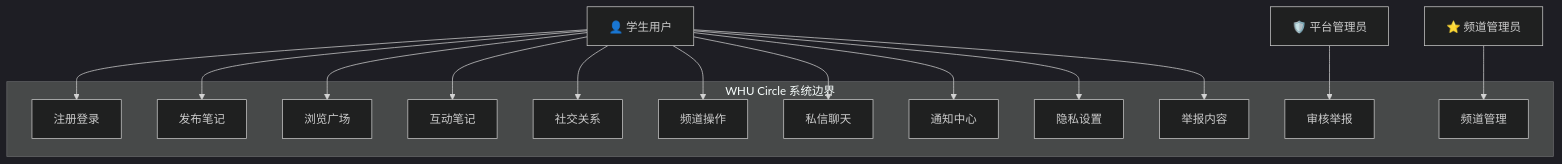
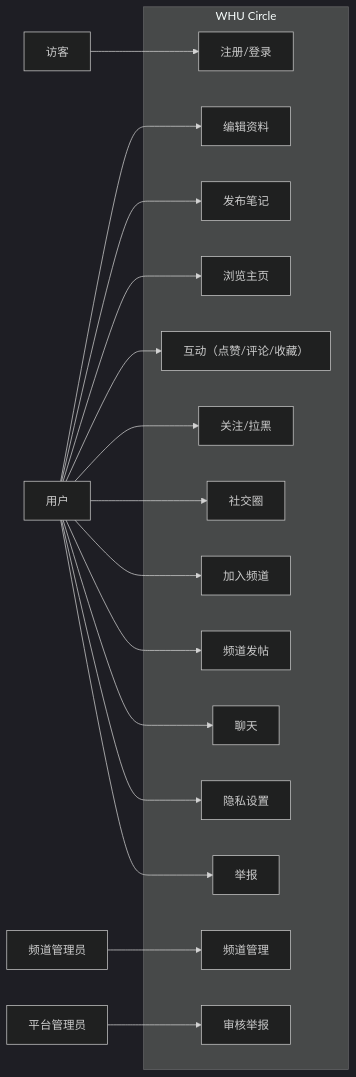
The sixth of 10 diagrams in WHU_Circle_需求建模文档.md (oliviawxx/whucircle), drawn with Mermaid (dark theme) before and after one commit. The commit also changed other lines of this file and 16 other files, not shown here.

````diff
--- a/WHU_Circle_需求建模文档.md
+++ b/WHU_Circle_需求建模文档.md
@@ -271,29 +96,30 @@
 ```mermaid
-graph TD
-    subgraph Boundary["WHU Circle 系统边界"]
-        UC01["注册登录"]
-        UC02["发布笔记"]
-        UC03["浏览广场"]
-        UC04["互动笔记"]
-        UC05["社交关系"]
-        UC06["频道操作"]
-        UC07["私信聊天"]
-        UC08["通知中心"]
-        UC09["隐私设置"]
-        UC10["举报内容"]
-        UC11["审核举报"]
-        UC12["频道管理"]
+flowchart LR
+    Guest["访客"]
+    User["用户"]
+    CA["频道管理员"]
+    Admin["平台管理员"]
+
+    subgraph S["WHU Circle"]
+        UC1["注册/登录"]
+        UC2["编辑资料"]
+        UC3["发布笔记"]
+        UC4["浏览主页"]
+        UC5["互动（点赞/评论/收藏）"]
+        UC6["关注/拉黑"]
+        UC7["社交圈"]
+        UC8["加入频道"]
+        UC9["频道发帖"]
+        UC10["频道管理"]
+        UC11["聊天"]
+        UC12["隐私设置"]
+        UC13["举报"]
+        UC14["审核举报"]
     end
-    U["👤 学生用户"] --> UC01
-    U --> UC02
-    U --> UC03
-    U --> UC04
-    U --> UC05
-    U --> UC06
-    U --> UC07
-    U --> UC08
-    U --> UC09
-    U --> UC10
-    CA["⭐ 频道管理员"] --> UC12
-    A["🛡️ 平台管理员"] --> UC11
+
+    Guest --> UC1
+    User --> UC2 & UC3 & UC4 & UC5 & UC6 & UC7
+    User --> UC8 & UC9 & UC11 & UC12 & UC13
+    CA --> UC10
+    Admin --> UC14
 ```
````
